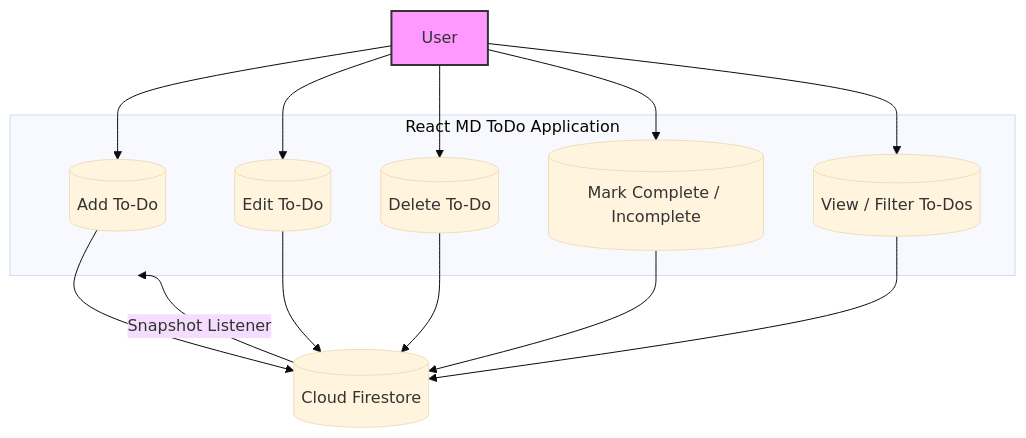
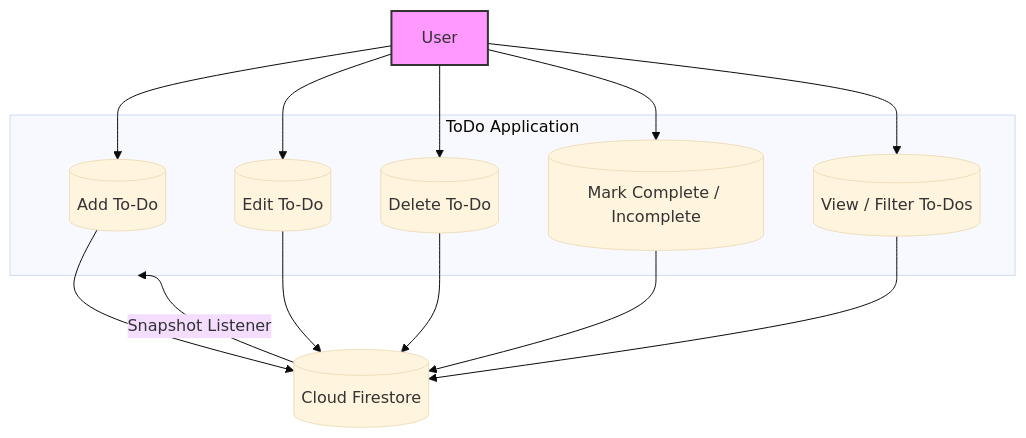
One commit to MeghnathDas/react-md-todo changed the first of 2 diagrams in README.md. Above: the diagram before and after it, drawn with Mermaid (base theme). The commit also changed other lines of this file, not shown here.

````diff
--- a/README.md
+++ b/README.md
@@ -26,37 +9,37 @@
 ```mermaid
 flowchart TD
     %% Define "actor" as a styled node
     U[User]:::actor
 
     %% Define system boundary
-    subgraph SYSTEM["React MD ToDo Application"]
+    subgraph SYSTEM["ToDo Application"]
         UC1[("Add To-Do")]
         UC2[("Edit To-Do")]
         UC3[("Delete To-Do")]
         UC4[("Mark Complete / Incomplete")]
         UC5[("View / Filter To-Dos")]
     end
 
     %% External system
     DB[(Cloud Firestore)]
 
     %% User interactions
     U --> UC1
     U --> UC2
     U --> UC3
     U --> UC4
     U --> UC5
 
     %% App to database
     UC1 --> DB
     UC2 --> DB
     UC3 --> DB
     UC4 --> DB
     UC5 --> DB
 
     %% Real-time updates
     DB -->|"Snapshot Listener"| SYSTEM
 
     %% Style for actor
     classDef actor fill:#f9f,stroke:#333,stroke-width:2px;
 ```
````
